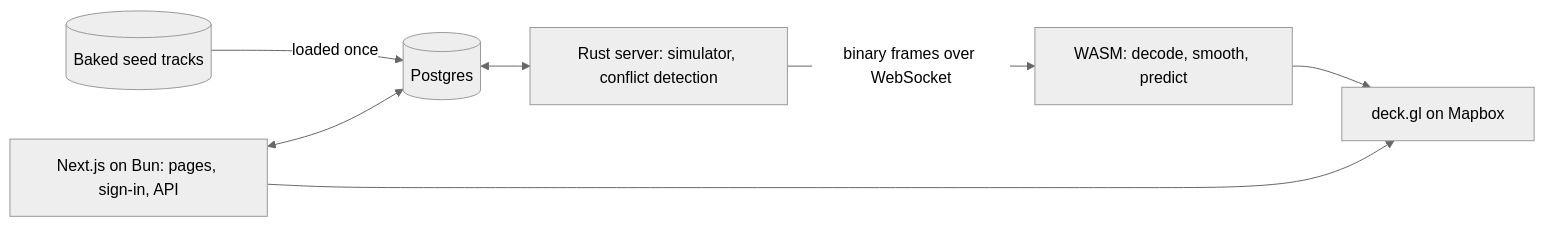
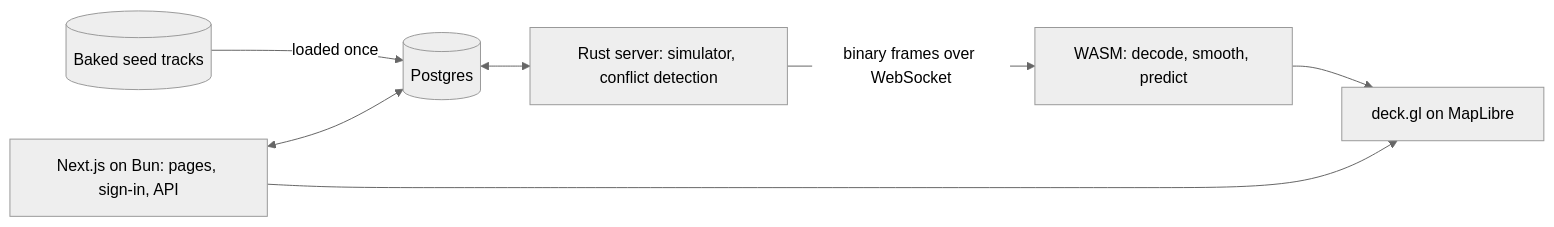
The diagram in README.md (ghoti143/atcdemo), drawn with Mermaid (neutral theme) before and after one commit. The commit also changed other lines of this file and 1 other file, not shown here.

First line of the commit message:
Switch the map from Mapbox GL JS to MapLibre GL JS

````diff
--- a/README.md
+++ b/README.md
@@ -31,9 +31,9 @@
 ```mermaid
 flowchart LR
   SEED[("Baked seed tracks")] -->|"loaded once"| PG[("Postgres")]
   PG <--> SERVER["Rust server: simulator, conflict detection"]
   SERVER -->|"binary frames over WebSocket"| WASM["WASM: decode, smooth, predict"]
-  WASM --> MAP["deck.gl on Mapbox"]
+  WASM --> MAP["deck.gl on MapLibre"]
   WEB["Next.js on Bun: pages, sign-in, API"] --> MAP
   WEB <--> PG
 ```
````
